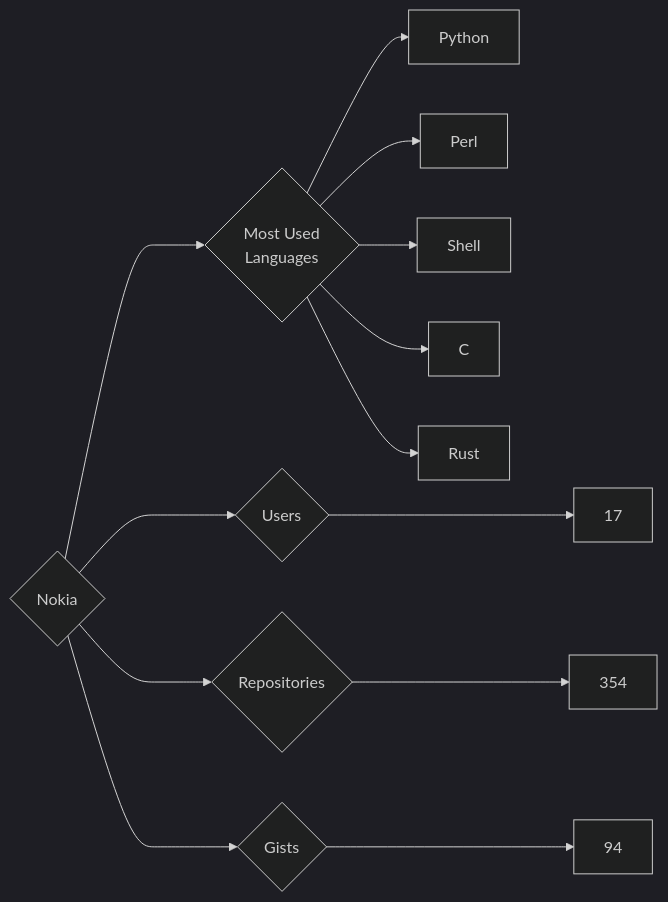
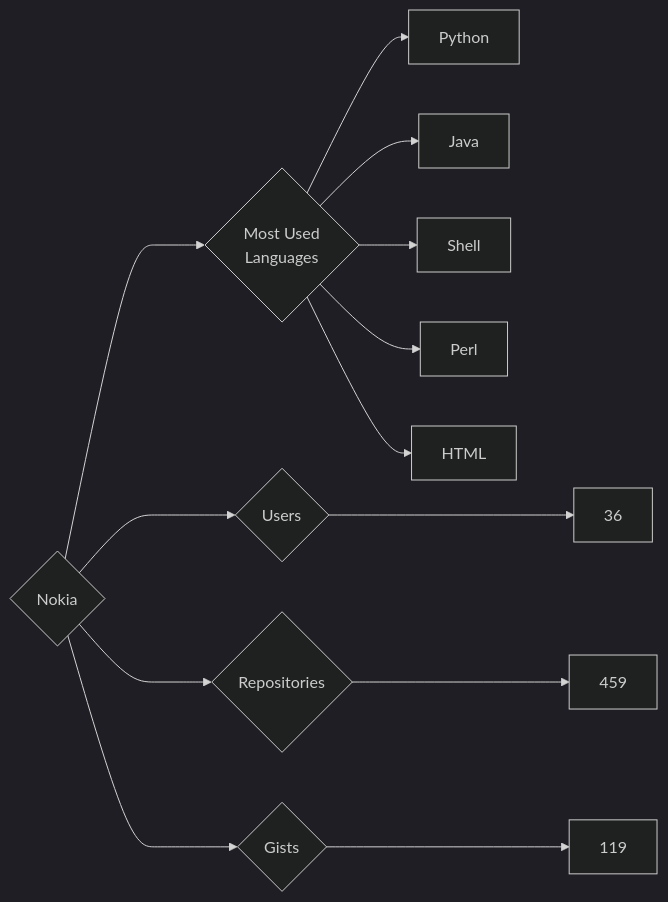
Before and after one commit to trickest/insiders: the diagram in targets/Nokia/README.md, drawn with Mermaid (dark theme). The commit also changed 829 other files, not shown here.

````diff
--- a/targets/Nokia/README.md
+++ b/targets/Nokia/README.md
@@ -3,13 +3,13 @@
 ```mermaid
 graph LR
 COMPANY_NAME{Nokia}
-COMPANY_NAME ---> U{Users} ---> UN[17]
-COMPANY_NAME ---> R{Repositories} ---> RN[354]
-COMPANY_NAME ---> G{Gists} ---> GN[94]
+COMPANY_NAME ---> U{Users} ---> UN[36]
+COMPANY_NAME ---> R{Repositories} ---> RN[459]
+COMPANY_NAME ---> G{Gists} ---> GN[119]
 COMPANY_NAME ---> ML{Most Used<br>Languages}
 ML --> Python[Python]
+ML --> Java[Java]
+ML --> Shell[Shell]
 ML --> Perl[Perl]
-ML --> Shell[Shell]
-ML --> C[C]
-ML --> Rust[Rust]
+ML --> HTML[HTML]
 ```
````
